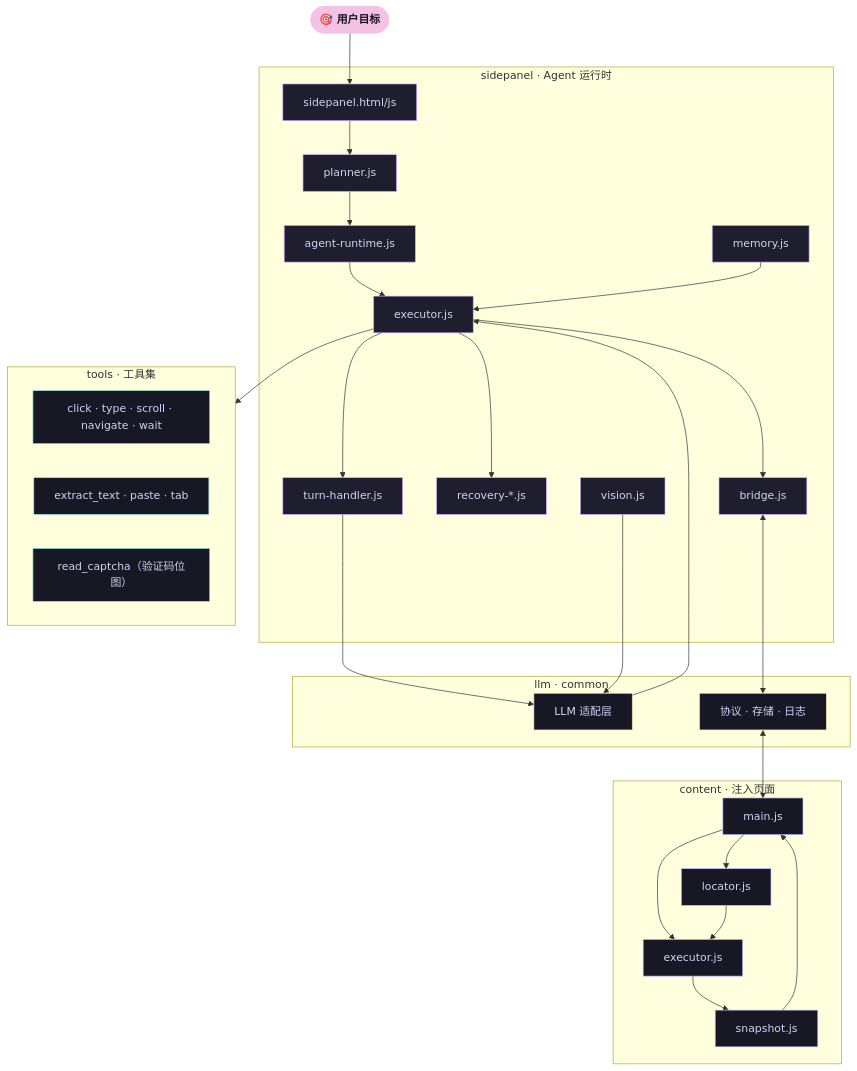
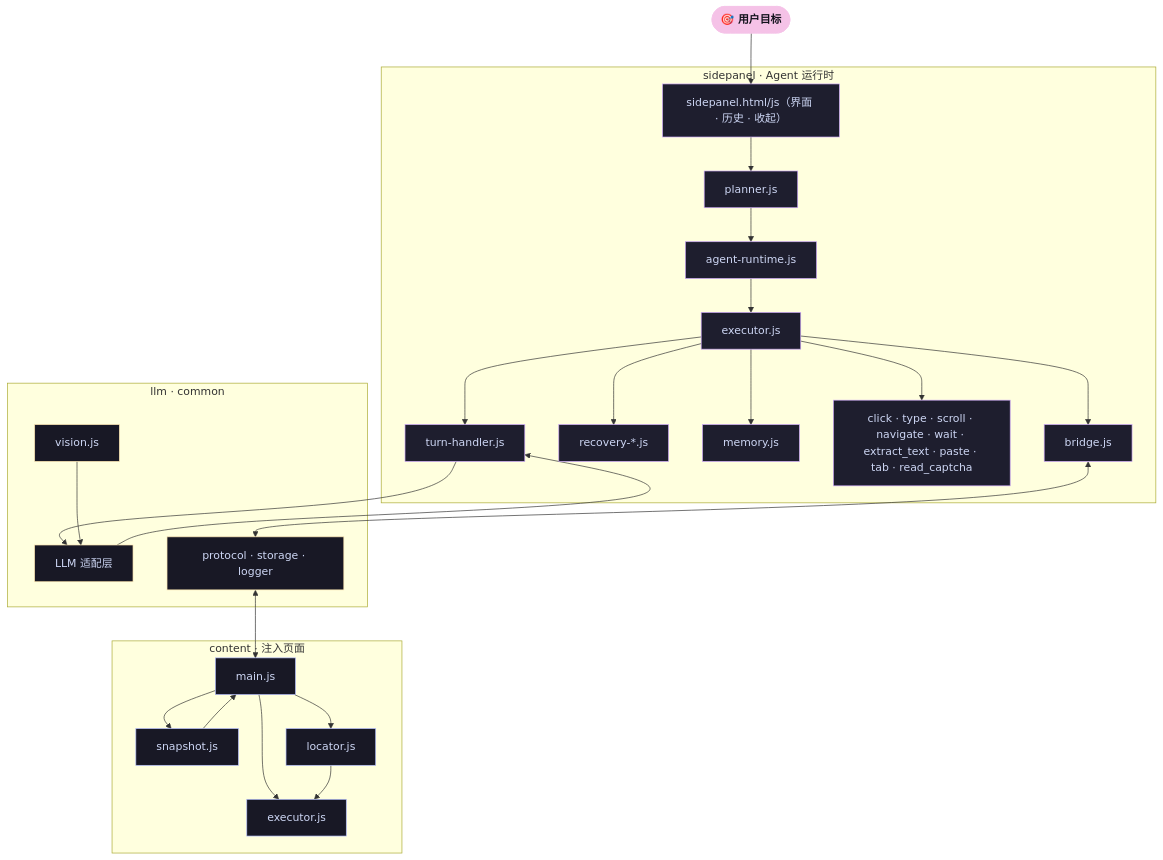
One commit to mldlbs/mio-browser-agent changed the diagram in README.md. Above: the diagram before and after it, drawn with Mermaid.

Commit message:
docs(readme): re-layout architecture diagram, minimize cross-module edges

````diff
--- a/README.md
+++ b/README.md
@@ -16,54 +16,52 @@
 ```mermaid
 graph TB
-  User(["🎯 用户目标"]):::user --> UI
+  User(["🎯 用户目标"]):::user
 
   subgraph SP["sidepanel · Agent 运行时"]
-    UI["sidepanel.html/js"]:::sp
-    PLAN["planner.js"]:::sp
+    UI["sidepanel.html/js（界面 · 历史 · 收起）"]:::sp
+    PL["planner.js"]:::sp
     RT["agent-runtime.js"]:::sp
-    EXEC["executor.js"]:::sp
-    TURN["turn-handler.js"]:::sp
-    REC["recovery-*.js"]:::sp
+    EX["executor.js"]:::sp
+    TH["turn-handler.js"]:::sp
+    RC["recovery-*.js"]:::sp
     MEM["memory.js"]:::sp
-    VISION["vision.js"]:::sp
-    BRIDGE["bridge.js"]:::sp
+    TO["click · type · scroll · navigate · wait · extract_text · paste · tab · read_captcha"]:::sp
+    BR["bridge.js"]:::sp
   end
 
   subgraph CS["content · 注入页面"]
-    MAIN["main.js"]:::cs
-    SNAP["snapshot.js"]:::cs
-    LOC["locator.js"]:::cs
-    CEXEC["executor.js"]:::cs
-  end
-
-  subgraph TO["tools · 工具集"]
-    T1["click · type · scroll · navigate · wait"]:::to
-    T2["extract_text · paste · tab"]:::to
-    T3["read_captcha（验证码位图）"]:::to
+    M["main.js"]:::cs
+    S["snapshot.js"]:::cs
+    L["locator.js"]:::cs
+    CE["executor.js"]:::cs
   end
 
   subgraph CO["llm · common"]
     LLM["LLM 适配层"]:::co
-    PROTO["协议 · 存储 · 日志"]:::co
+    V["vision.js"]:::co
+    PR["protocol · storage · logger"]:::co
   end
 
-  UI --> PLAN --> RT --> EXEC
-  EXEC --> TURN --> LLM
-  EXEC --> REC
-  EXEC --> TO
-  EXEC --> BRIDGE
-  BRIDGE <--> PROTO <--> MAIN
-  MAIN --> CEXEC
-  CEXEC --> SNAP
-  SNAP --> MAIN
-  MAIN --> LOC --> CEXEC
-  VISION --> LLM
-  MEM --> EXEC
-  LLM --> EXEC
+  User --> UI
+  UI --> PL --> RT --> EX
+  EX --> TH
+  TH --> LLM
+  LLM --> TH
+  EX --> RC
+  EX --> MEM
+  EX --> TO
+  EX --> BR
+  BR <--> PR
+  PR <--> M
+  M --> CE
+  M --> S
+  S --> M
+  M --> L
+  L --> CE
+  V --> LLM
 
   classDef user fill:#f5c2e7,stroke:#f5c2e7,color:#11111b,font-weight:bold
   classDef sp fill:#1e1e2e,stroke:#cba6f7,color:#cdd6f4
   classDef cs fill:#181825,stroke:#b4befe,color:#cdd6f4
-  classDef to fill:#181825,stroke:#94e2d5,color:#cdd6f4
   classDef co fill:#181825,stroke:#f9e2af,color:#cdd6f4
 ```
````
